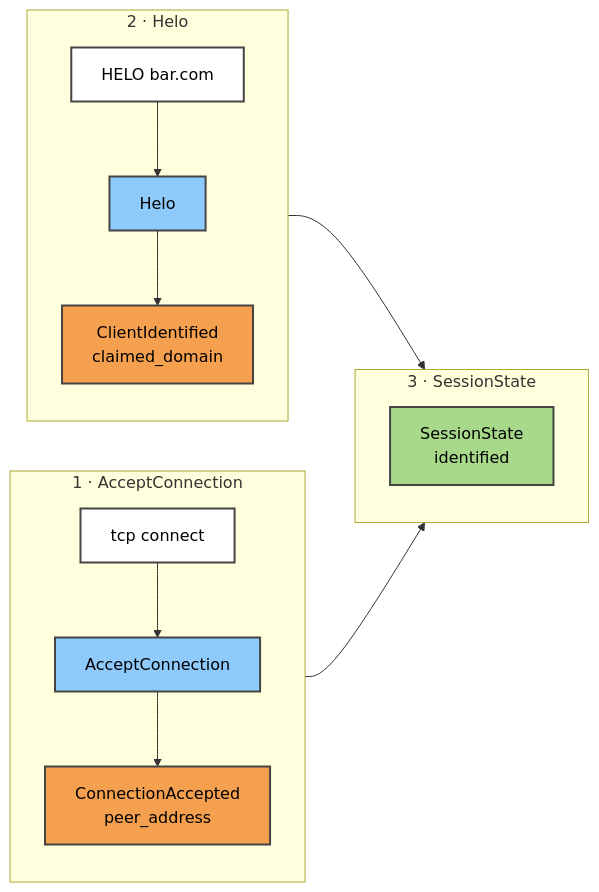
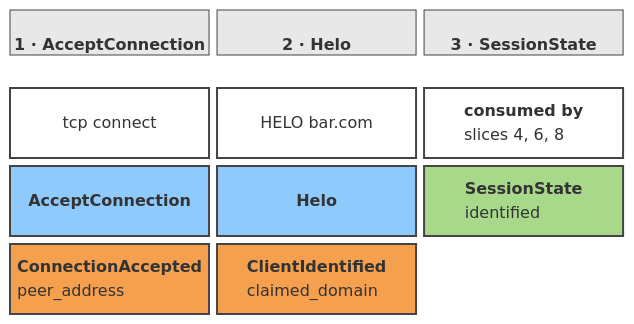
Before and after one commit to IvanTheGeek/FnEmail-Model: the fifth of 9 diagrams in docs/diagrams/README.md, drawn with Mermaid. The commit also changed other lines of this file, not shown here.

````diff
--- a/docs/diagrams/README.md
+++ b/docs/diagrams/README.md
@@ -134,37 +159,19 @@
 ```mermaid
-flowchart LR
-  subgraph c1["1 · AcceptConnection"]
-    direction TB
-    s1["tcp connect"]
-    k1["AcceptConnection"]
-    e1["ConnectionAccepted<br/>peer_address"]
-    s1 --> k1
-    k1 --> e1
-  end
+block
+  columns 3
+  h1["<b>1 · AcceptConnection</b>"] h2["<b>2 · Helo</b>"] h3["<b>3 · SessionState</b>"]
+  s1["tcp connect"] s2["HELO bar.com"] s3["<b>consumed by</b>\nslices 4, 6, 8"]
+  k1["<b>AcceptConnection</b>"] k2["<b>Helo</b>"] r3["<b>SessionState</b>\nidentified"]
+  e1["<b>ConnectionAccepted</b>\npeer_address"] e2["<b>ClientIdentified</b>\nclaimed_domain"] space
 
-  subgraph c2["2 · Helo"]
-    direction TB
-    s2["HELO bar.com"]
-    k2["Helo"]
-    e2["ClientIdentified<br/>claimed_domain"]
-    s2 --> k2
-    k2 --> e2
-  end
-
-  subgraph c3["3 · SessionState"]
-    direction TB
-    r3["SessionState<br/>identified"]
-  end
-
-  e1 --> r3
-  e2 --> r3
-
-  classDef screen fill:#ffffff,stroke:#444,stroke-width:2px,color:#000
-  classDef command fill:#8ecafc,stroke:#444,stroke-width:2px,color:#000
-  classDef event fill:#f5a04f,stroke:#444,stroke-width:2px,color:#000
-  classDef readmodel fill:#a8d98a,stroke:#444,stroke-width:2px,color:#000
-  class s1,s2 screen
+  classDef hdr fill:#e8e8e8,stroke:#444,stroke-width:1px,color:#000,text-align:left,height:45px
+  classDef screen fill:#ffffff,stroke:#444,stroke-width:2px,color:#000,text-align:left,height:70px
+  classDef command fill:#8ecafc,stroke:#444,stroke-width:2px,color:#000,text-align:left,height:70px
+  classDef readmodel fill:#a8d98a,stroke:#444,stroke-width:2px,color:#000,text-align:left,height:70px
+  classDef event fill:#f5a04f,stroke:#444,stroke-width:2px,color:#000,text-align:left,height:70px
+  class h1,h2,h3 hdr
+  class s1,s2,s3 screen
   class k1,k2 command
+  class r3 readmodel
   class e1,e2 event
-  class r3 readmodel
 ```
````
